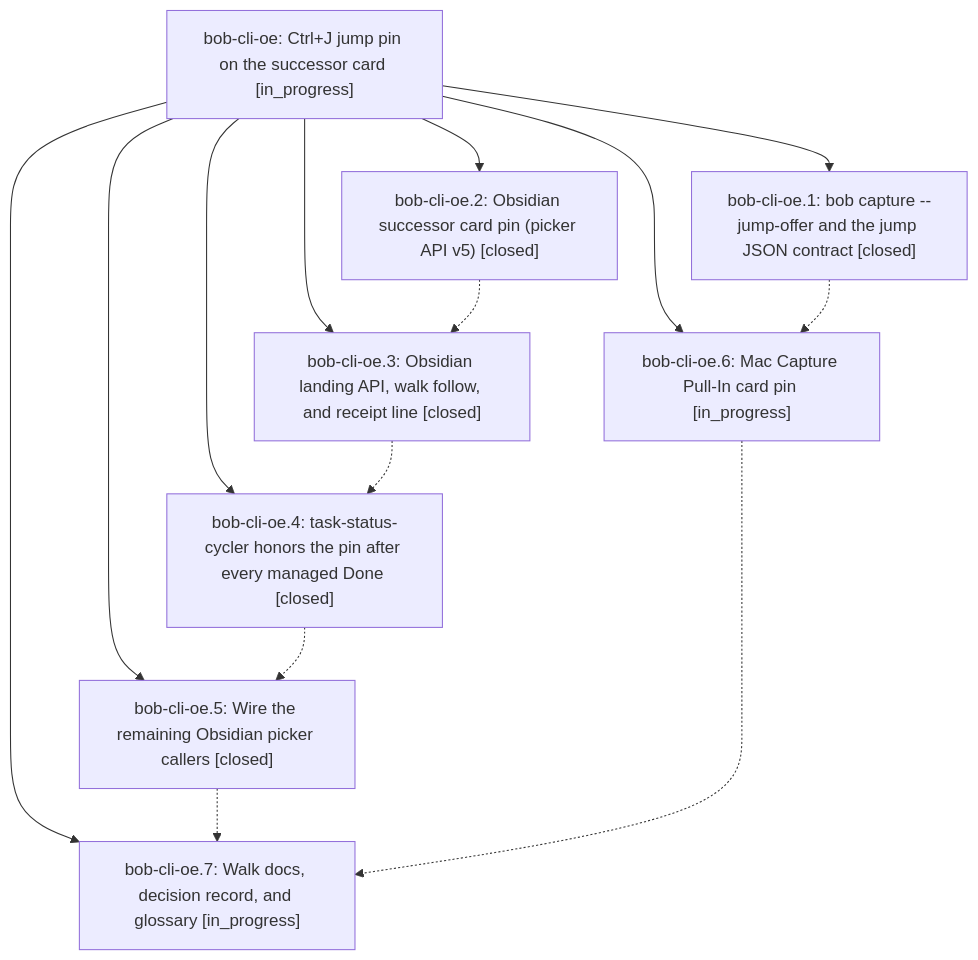
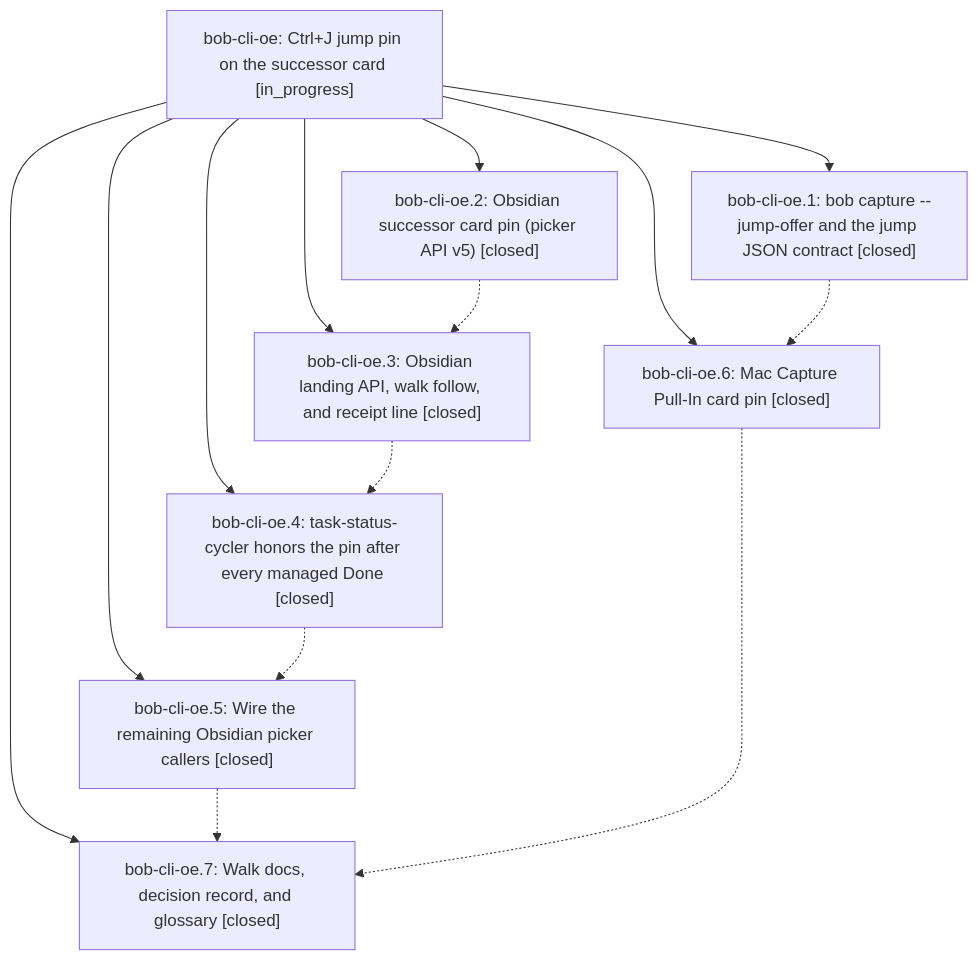
Before and after one commit to bobs-org/bob-cli--beads: the diagram in pages/bob-cli-oe/README.md, drawn with Mermaid. The commit also changed other lines of this file and 7 other files, not shown here.

First line of the commit message:
chore(beads): sync bead state and pages for bob-cli-oe

````diff
--- a/pages/bob-cli-oe/README.md
+++ b/pages/bob-cli-oe/README.md
@@ -42,24 +42,24 @@
 ```mermaid
 flowchart TD
     n0["bob-cli-oe: Ctrl+J jump pin on the successor card [in_progress]"]
     n1["bob-cli-oe.1: bob capture --jump-offer and the jump JSON contract [closed]"]
     n2["bob-cli-oe.2: Obsidian successor card pin (picker API v5) [closed]"]
     n3["bob-cli-oe.3: Obsidian landing API, walk follow, and receipt line [closed]"]
     n4["bob-cli-oe.4: task-status-cycler honors the pin after every managed Done [closed]"]
     n5["bob-cli-oe.5: Wire the remaining Obsidian picker callers [closed]"]
-    n6["bob-cli-oe.6: Mac Capture Pull-In card pin [in_progress]"]
-    n7["bob-cli-oe.7: Walk docs, decision record, and glossary [in_progress]"]
+    n6["bob-cli-oe.6: Mac Capture Pull-In card pin [closed]"]
+    n7["bob-cli-oe.7: Walk docs, decision record, and glossary [closed]"]
     n0 --> n1
     n0 --> n2
     n0 --> n3
     n0 --> n4
     n0 --> n5
     n0 --> n6
     n0 --> n7
     n1 -.-> n6
     n2 -.-> n3
     n3 -.-> n4
     n4 -.-> n5
     n5 -.-> n7
     n6 -.-> n7
 ```
````
